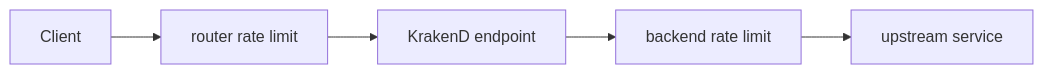
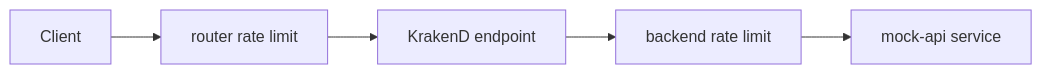
The first of 2 diagrams in docs/KrakenD-training/03-rate-limit.md (Ting-s515/KrakenD-training), drawn with Mermaid before and after one commit. The commit also changed other lines of this file and 11 other files, not shown here.

````diff
--- a/docs/KrakenD-training/03-rate-limit.md
+++ b/docs/KrakenD-training/03-rate-limit.md
@@ -9,7 +9,7 @@
 ```mermaid
 flowchart LR
     Client[Client] --> RouterLimit[router rate limit]
     RouterLimit --> Endpoint[KrakenD endpoint]
     Endpoint --> BackendLimit[backend rate limit]
-    BackendLimit --> Upstream[upstream service]
+    BackendLimit --> Upstream[mock-api service]
 ```
````
